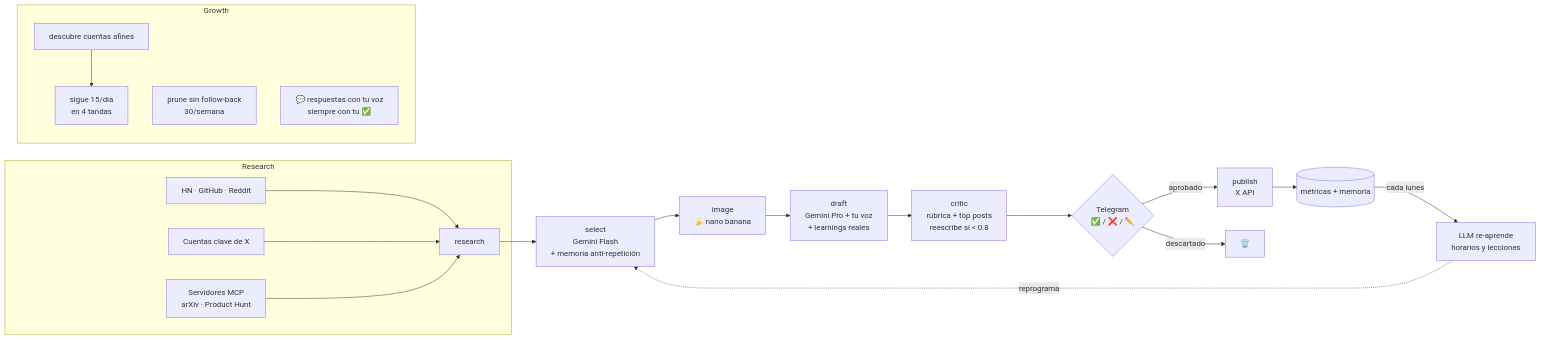
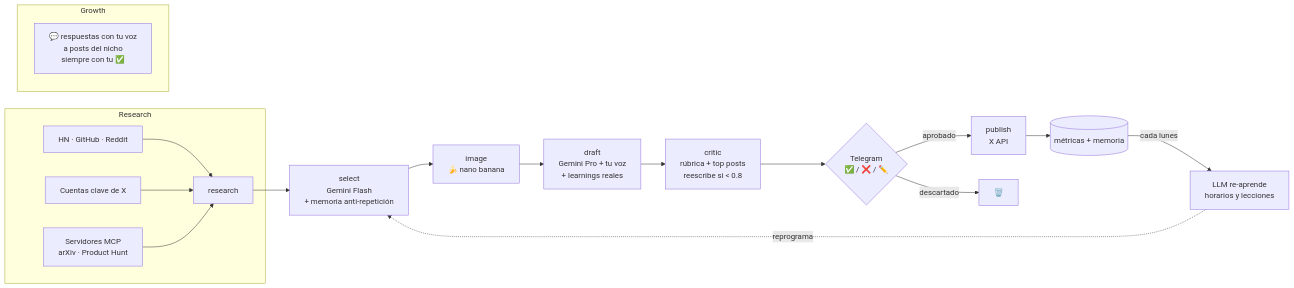
The diagram in README.md (riquelmechile/zanaX), drawn with Mermaid before and after one commit. The commit also changed other lines of this file, not shown here.

Commit message:
README: sin follow/unfollow automático, coste actualizado ~$27-40/mes

````diff
--- a/README.md
+++ b/README.md
@@ -19,24 +19,22 @@
 ```mermaid
 flowchart LR
     subgraph Research
         A[HN · GitHub · Reddit] --> R
         B[Cuentas clave de X] --> R
         M2[Servidores MCP<br/>arXiv · Product Hunt] --> R
     end
     R[research] --> S[select<br/>Gemini Flash<br/>+ memoria anti-repetición]
     S --> I[image<br/>🍌 nano banana]
     I --> D[draft<br/>Gemini Pro + tu voz<br/>+ learnings reales]
     D --> C[critic<br/>rúbrica + top posts<br/>reescribe si < 0.8]
     C --> T{Telegram<br/>✅ / ❌ / ✏️}
     T -->|aprobado| P[publish<br/>X API]
     T -->|descartado| X[🗑️]
     P --> M[(métricas + memoria)]
     M -->|cada lunes| LLM[LLM re-aprende<br/>horarios y lecciones]
     LLM -.reprograma.-> S
 
     subgraph Growth
-        G1[descubre cuentas afines] --> G2[sigue 15/día<br/>en 4 tandas]
-        G3[prune sin follow-back<br/>30/semana]
-        G4[💬 respuestas con tu voz<br/>siempre con tu ✅]
+        G4[💬 respuestas con tu voz<br/>a posts del nicho<br/>siempre con tu ✅]
     end
 ```
````
